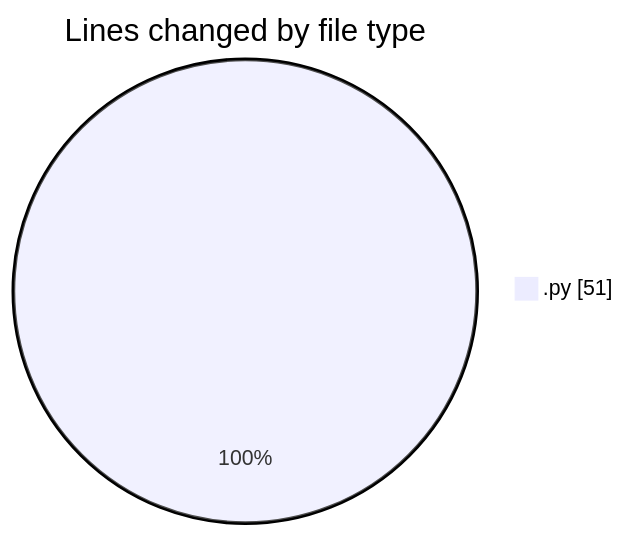
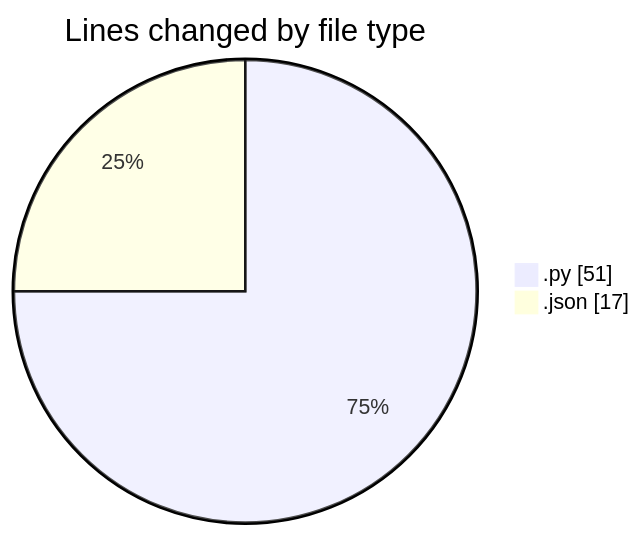
Before and after one commit to MatusMokan/code-tracking: the first of 2 diagrams in 2025-02-28/myws__workspace_/README.md, drawn with Mermaid. The commit also changed other lines of this file and 1 other file, not shown here.

````diff
--- a/2025-02-28/myws__workspace_/README.md
+++ b/2025-02-28/myws__workspace_/README.md
@@ -20,5 +21,6 @@
 ```mermaid
 pie showData
 title Lines changed by file type
 ".py" : 51
+".json" : 17
 ```
````
